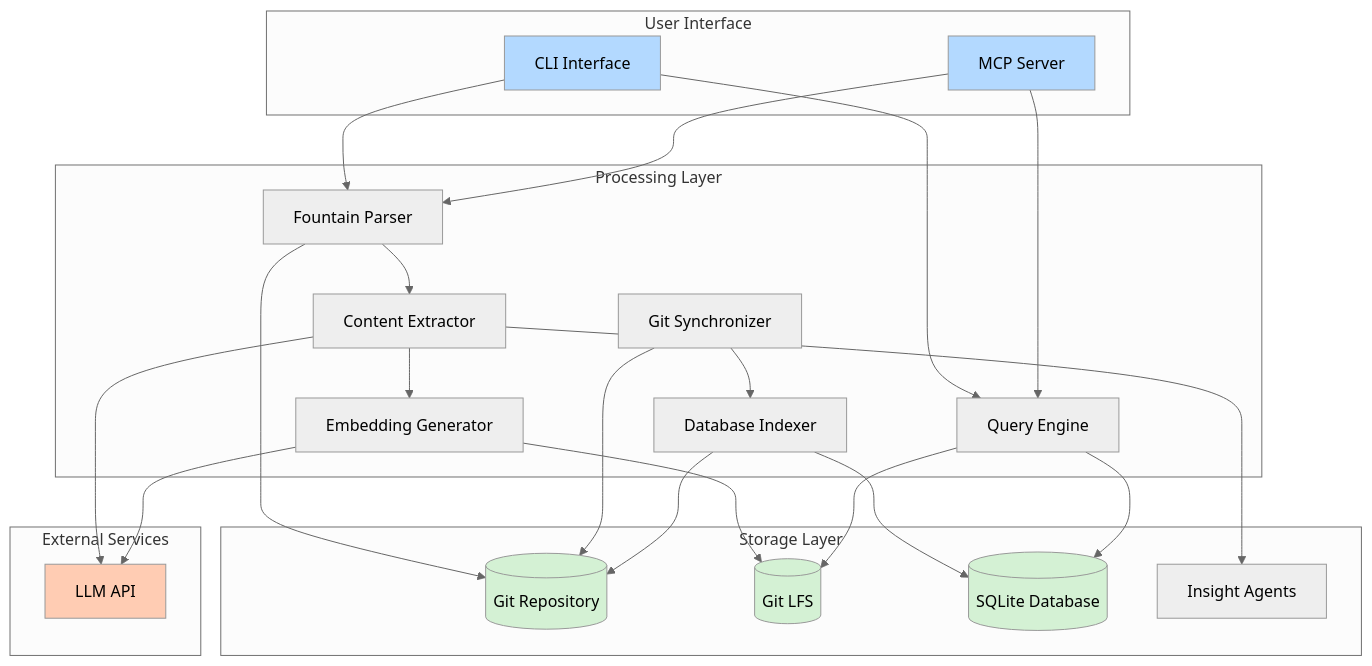
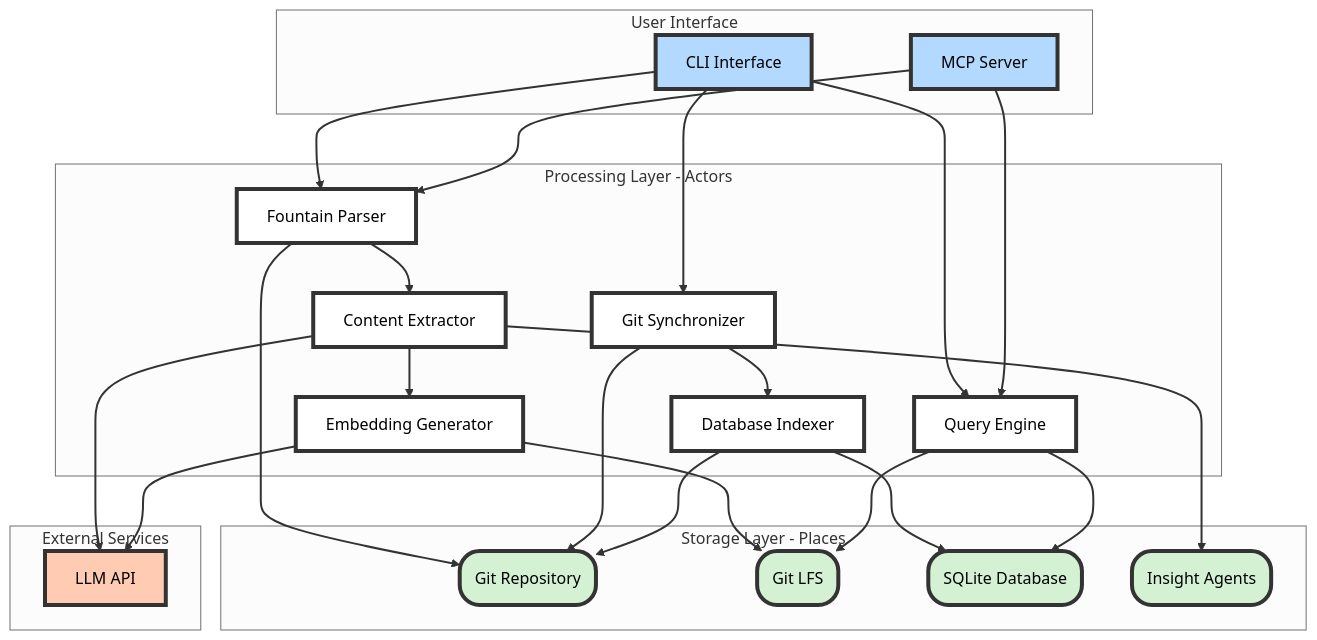
Before and after one commit to trieloff/scriptrag: the first of 4 diagrams in ARCHITECTURE.md, drawn with Mermaid (neutral theme).

Commit message:
docs(architecture): update architecture diagram with new styles and components
- Renamed subgraphs to "Processing Layer - Actors" and "Storage Layer - Places" for clarity
- Added new component GS to the diagram
- Enhanced styling for actors (rectangular boxes) and places (pill-shaped with rounded corners)
- Improved edge styling for better visual consistency
- Updated connections to include new component GS

This improves the readability and visual distinction of system components in the architecture documentation.

````diff
--- a/ARCHITECTURE.md
+++ b/ARCHITECTURE.md
@@ -11,55 +11,69 @@
 ```mermaid
 graph TB
     subgraph "User Interface"
         CLI[CLI Interface]
         MCP[MCP Server]
     end
 
-    subgraph "Processing Layer"
+    subgraph "Processing Layer - Actors"
         FP[Fountain Parser]
         CE[Content Extractor]
         EG[Embedding Generator]
         GS[Git Synchronizer]
         DI[Database Indexer]
         QE[Query Engine]
     end
 
-    subgraph "Storage Layer"
-        GR[(Git Repository)]
-        LFS[(Git LFS)]
-        DB[(SQLite Database)]
-        IA[Insight Agents]
+    subgraph "Storage Layer - Places"
+        GR(Git Repository)
+        LFS(Git LFS)
+        DB(SQLite Database)
+        IA(Insight Agents)
     end
 
     subgraph "External Services"
         LLM[LLM API]
     end
 
     CLI --> FP
     CLI --> QE
+    CLI --> GS
     MCP --> FP
     MCP --> QE
 
     FP --> GR
     FP --> CE
     CE --> LLM
     CE --> IA
     CE --> EG
     EG --> LLM
     EG --> LFS
 
     GS --> GR
     GS --> DI
     DI --> DB
     DI --> GR
 
     QE --> DB
     QE --> LFS
 
-    style CLI fill:#b3d9ff
-    style MCP fill:#b3d9ff
-    style LLM fill:#ffccb3
-    style GR fill:#d4f1d4
-    style LFS fill:#d4f1d4
-    style DB fill:#d4f1d4
+    %% Actor styling (rectangular boxes)
+    style CLI fill:#b3d9ff,stroke:#333,stroke-width:4px
+    style MCP fill:#b3d9ff,stroke:#333,stroke-width:4px
+    style FP fill:#fff,stroke:#333,stroke-width:4px
+    style CE fill:#fff,stroke:#333,stroke-width:4px
+    style EG fill:#fff,stroke:#333,stroke-width:4px
+    style GS fill:#fff,stroke:#333,stroke-width:4px
+    style DI fill:#fff,stroke:#333,stroke-width:4px
+    style QE fill:#fff,stroke:#333,stroke-width:4px
+    style LLM fill:#ffccb3,stroke:#333,stroke-width:4px
+
+    %% Place styling (pill-shaped with rounded corners)
+    style GR fill:#d4f1d4,stroke:#333,stroke-width:4px,rx:20,ry:20
+    style LFS fill:#d4f1d4,stroke:#333,stroke-width:4px,rx:20,ry:20
+    style DB fill:#d4f1d4,stroke:#333,stroke-width:4px,rx:20,ry:20
+    style IA fill:#d4f1d4,stroke:#333,stroke-width:4px,rx:20,ry:20
+
+    %% Edge styling
+    linkStyle default stroke:#333,stroke-width:2px
 ```
````
